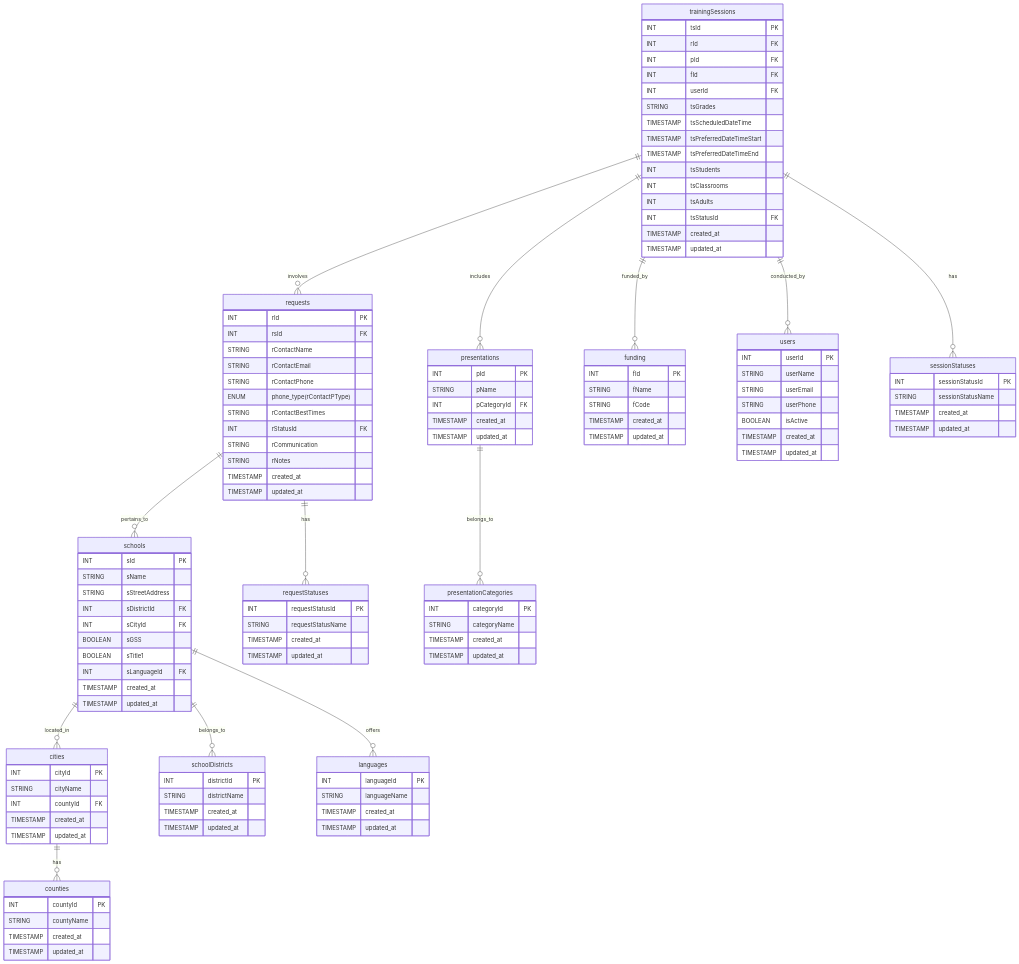
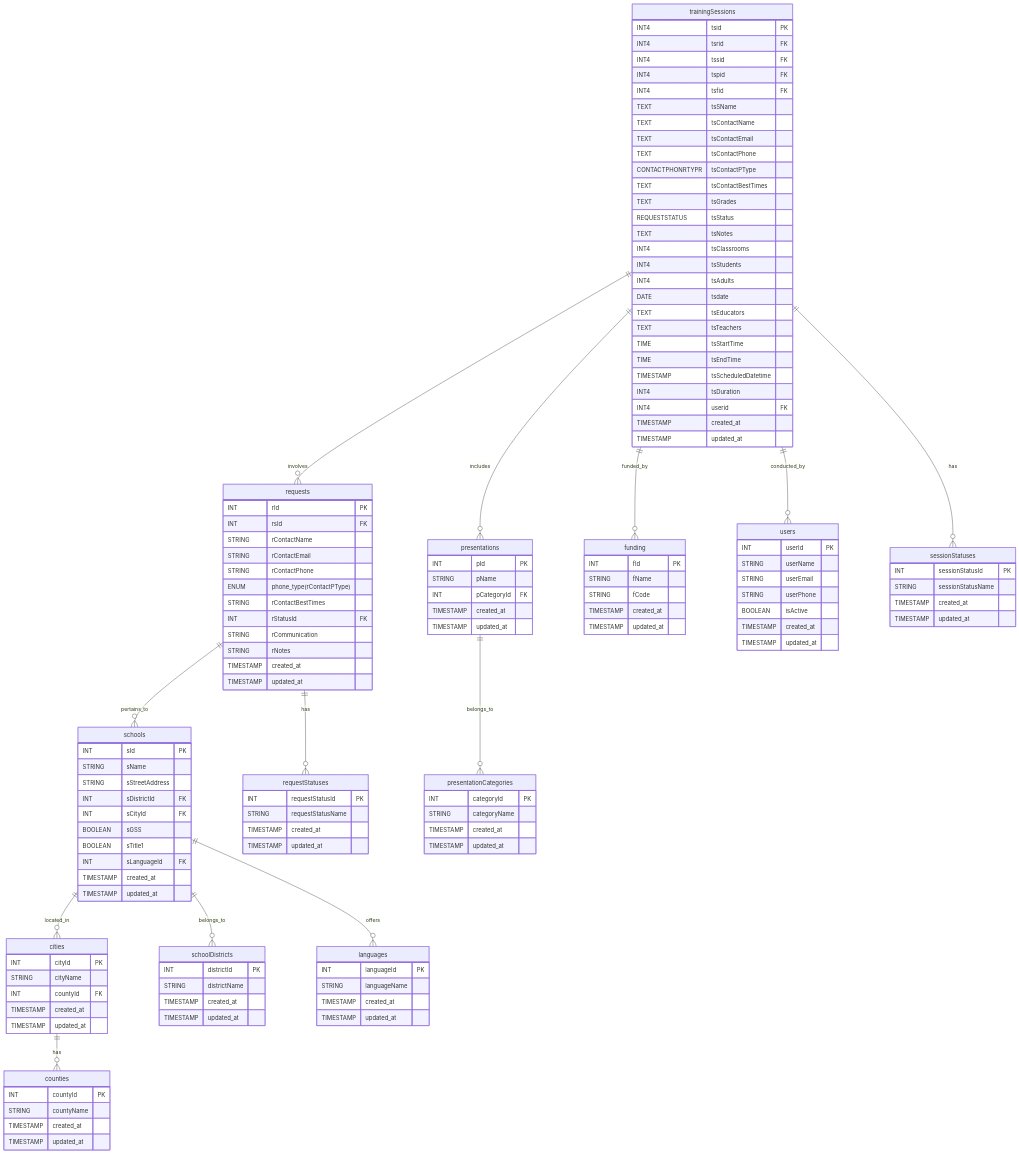
One commit to Kitamreik/ecocycle-test changed the diagram in readme.md. Above: the diagram before and after it, drawn with Mermaid.

Commit message:
Update readme.md
I added customer information to the trainingSessions table so you can see how to handle multiple training sessions for a single request.  (Many of the columns can be deleted after the various values are determined.  Things like date, time, and duration are only there to make it easier to generate scheduling emails.)

```diff
--- a/readme.md
+++ b/readme.md
@@ -109,19 +109,31 @@
     }
 
     trainingSessions {
-        INT tsId PK
-        INT rId FK
-        INT pId FK
-        INT fId FK
-        INT userId FK
-        STRING tsGrades
-        TIMESTAMP tsScheduledDateTime
-        TIMESTAMP tsPreferredDateTimeStart
-        TIMESTAMP tsPreferredDateTimeEnd
-        INT tsStudents
-        INT tsClassrooms
-        INT tsAdults
-        INT tsStatusId FK
+        INT4 tsid PK
+        INT4 tsrid FK
+        INT4 tssid FK
+        INT4 tspid FK
+        INT4 tsfid FK
+        TEXT tsSName
+        TEXT tsContactName
+        TEXT tsContactEmail
+        TEXT tsContactPhone
+        CONTACTPHONRTYPR tsContactPType
+        TEXT tsContactBestTimes
+        TEXT tsGrades
+        REQUESTSTATUS tsStatus
+        TEXT tsNotes
+        INT4 tsClassrooms
+        INT4 tsStudents
+        INT4 tsAdults
+        DATE tsdate
+        TEXT tsEducators
+        TEXT tsTeachers
+        TIME tsStartTime
+        TIME tsEndTime
+        TIMESTAMP tsScheduledDatetime
+        INT4 tsDuration
+        INT4 userid FK
         TIMESTAMP created_at
         TIMESTAMP updated_at
     }
```
